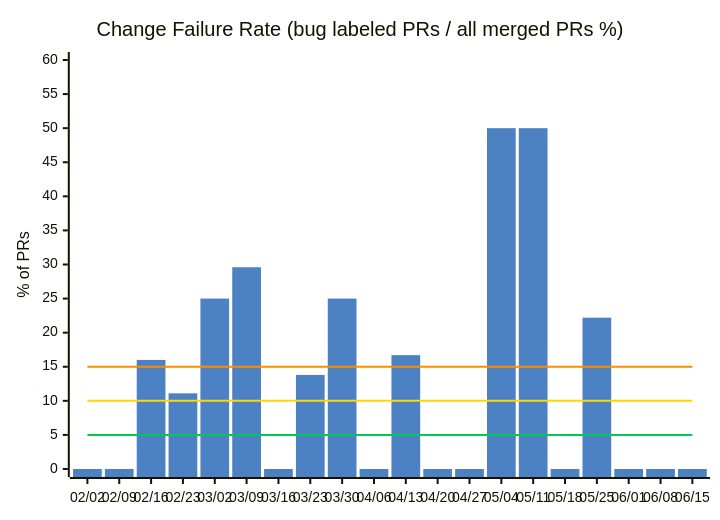
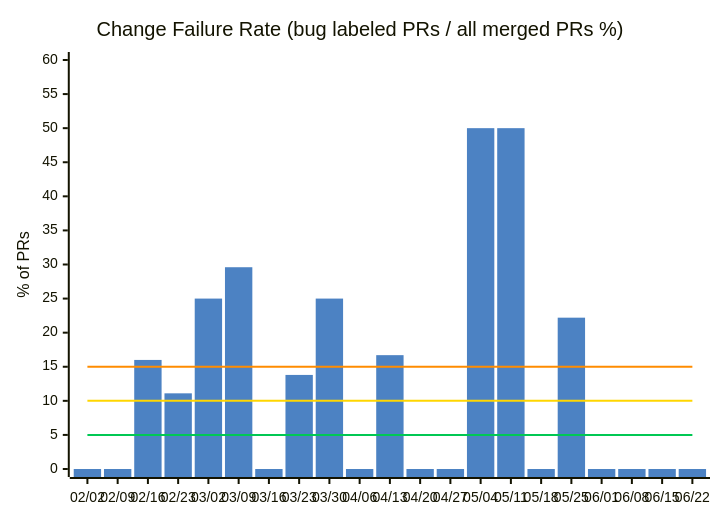
Before and after one commit to nablarch/nabledge-dev: the third of 14 diagrams in docs/metrics.md, drawn with Mermaid. The commit also changed other lines of this file and 2 other files, not shown here.

````diff
--- a/docs/metrics.md
+++ b/docs/metrics.md
@@ -61,11 +61,11 @@
 ```mermaid
 %%{init: {'theme': 'base', 'themeVariables': {'xyChart': {'plotColorPalette': '#4C82C3,#00C853,#FFD600,#FF8C00'}}}}%%
 xychart-beta
   title "Change Failure Rate (bug labeled PRs / all merged PRs %)"
-  x-axis ["02/02", "02/09", "02/16", "02/23", "03/02", "03/09", "03/16", "03/23", "03/30", "04/06", "04/13", "04/20", "04/27", "05/04", "05/11", "05/18", "05/25", "06/01", "06/08", "06/15"]
+  x-axis ["02/02", "02/09", "02/16", "02/23", "03/02", "03/09", "03/16", "03/23", "03/30", "04/06", "04/13", "04/20", "04/27", "05/04", "05/11", "05/18", "05/25", "06/01", "06/08", "06/15", "06/22"]
   y-axis "% of PRs" 0 --> 60
-  bar [0, 0, 16, 11.1, 25, 29.6, 0, 13.8, 25, 0, 16.7, 0, 0, 50, 50, 0, 22.2, 0, 0, 0]
-  line [5, 5, 5, 5, 5, 5, 5, 5, 5, 5, 5, 5, 5, 5, 5, 5, 5, 5, 5, 5]
-  line [10, 10, 10, 10, 10, 10, 10, 10, 10, 10, 10, 10, 10, 10, 10, 10, 10, 10, 10, 10]
-  line [15, 15, 15, 15, 15, 15, 15, 15, 15, 15, 15, 15, 15, 15, 15, 15, 15, 15, 15, 15]
+  bar [0, 0, 16, 11.1, 25, 29.6, 0, 13.8, 25, 0, 16.7, 0, 0, 50, 50, 0, 22.2, 0, 0, 0, 0]
+  line [5, 5, 5, 5, 5, 5, 5, 5, 5, 5, 5, 5, 5, 5, 5, 5, 5, 5, 5, 5, 5]
+  line [10, 10, 10, 10, 10, 10, 10, 10, 10, 10, 10, 10, 10, 10, 10, 10, 10, 10, 10, 10, 10]
+  line [15, 15, 15, 15, 15, 15, 15, 15, 15, 15, 15, 15, 15, 15, 15, 15, 15, 15, 15, 15, 15]
 ```
````
